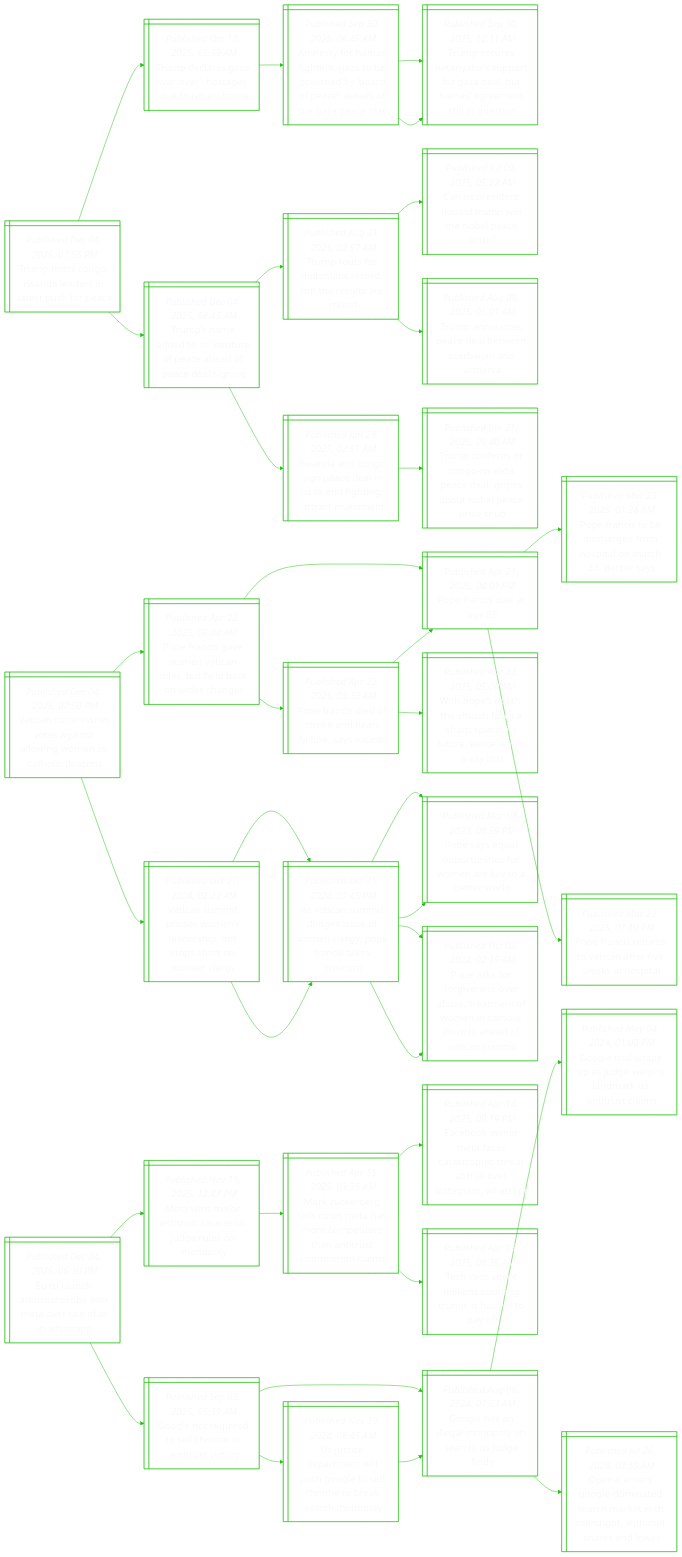
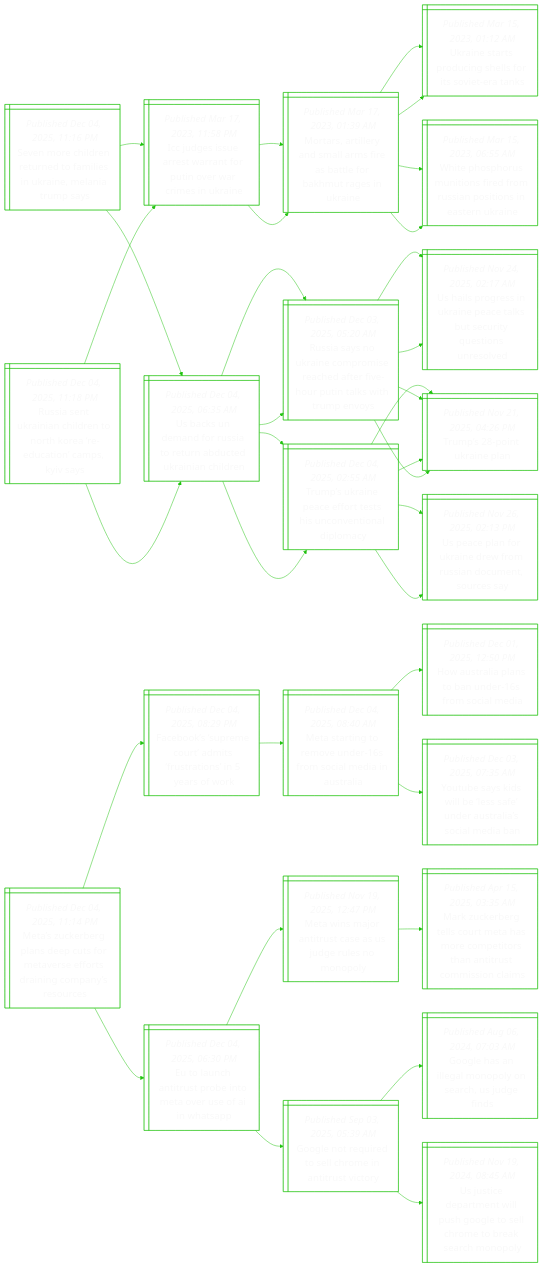
The diagram in README.md (notJmes/notJmes), drawn with Mermaid before and after one commit. The commit also changed other lines of this file, not shown here.

````diff
--- a/README.md
+++ b/README.md
@@ -16,118 +16,112 @@
 flowchart LR
 classDef txtsize font-size:20px;
 
-ThCRaeltfa@{ shape: win-pane, label: "_Published Dec 04, 2025, 07:55 PM_
-Trump hosts congo, rwanda leaders in latest push for peace" }
-Tdrzooetum@{ shape: win-pane, label: "_Published Oct 13, 2025, 05:59 AM_
-Trump declares gaza war ‘over’; hostages due to return home" }
-AtHfezerydatoGel@{ shape: win-pane, label: "_Published Sep 30, 2025, 06:45 AM_
-Amnesty for hamas fighters, gaza to be governed by ‘board of peace’: details of the gaza peace plan" }
-Tseaupoabmrnluo@{ shape: win-pane, label: "_Published Sep 30, 2025, 12:11 AM_
-Trump secures netanyahu’s support for gaza deal, but hamas’ agreement still in question" }
-Tseaupoabmrnluo@{ shape: win-pane, label: "_Published Sep 30, 2025, 12:11 AM_
-Trump secures netanyahu’s support for gaza deal, but hamas’ agreement still in question" }
-TsatnuPaocli@{ shape: win-pane, label: "_Published Dec 04, 2025, 08:45 AM_
-Trump’s name added to us institute of peace ahead of peace deal signing" }
-Tthptcurtm@{ shape: win-pane, label: "_Published Aug 21, 2025, 02:57 AM_
-Trump touts his diplomatic record, but the results are mixed" }
-CPdoTwelee@{ shape: win-pane, label: "_Published Jul 09, 2025, 05:22 AM_
-Can us president donald trump win the nobel peace prize?" }
-TaneetAaam@{ shape: win-pane, label: "_Published Aug 09, 2025, 05:01 AM_
-Trump announces peace deal between azerbaijan and armenia" }
-RaoiaaSdtttst@{ shape: win-pane, label: "_Published Jun 28, 2025, 02:51 AM_
-Rwanda and congo sign peace deal in us to end fighting, attract investment" }
-TcrCRaegstlee@{ shape: win-pane, label: "_Published Jun 21, 2025, 09:40 AM_
-Trump confirms dr congo-rwanda peace deal, gripes about nobel peace prize snub" }
+RaUnheooeacKa@{ shape: win-pane, label: "_Published Dec 04, 2025, 11:18 PM_
+Russia sent ukrainian children to north korea ‘re-education’ camps, kyiv says" }
+IdsrwnPoamUn@{ shape: win-pane, label: "_Published Mar 17, 2023, 11:58 PM_
+Icc judges issue arrest warrant for putin over war crimes in ukraine" }
+Mriymrrafkria@{ shape: win-pane, label: "_Published Mar 17, 2023, 01:39 AM_
+Mortars, artillery and small arms fire as battle for bakhmut rages in ukraine" }
+Unronlroen@{ shape: win-pane, label: "_Published Mar 15, 2023, 01:12 AM_
+Ukraine starts producing shells for its soviet-era tanks" }
+Wphmiirspiner@{ shape: win-pane, label: "_Published Mar 15, 2023, 06:55 AM_
+White phosphorus munitions fired from russian positions in eastern ukraine" }
+UkefsoruUnhe@{ shape: win-pane, label: "_Published Dec 04, 2025, 06:35 AM_
+Us backs un demand for russia to return abducted ukrainian children" }
+Ranaomedrhuaiuv@{ shape: win-pane, label: "_Published Dec 03, 2025, 05:20 AM_
+Russia says no ukraine compromise reached after five-hour putin talks with trump envoys" }
+Tstia@{ shape: win-pane, label: "_Published Nov 21, 2025, 04:26 PM_
+Trump’s 28-point ukraine plan" }
+Ulgiaeauuqinl@{ shape: win-pane, label: "_Published Nov 24, 2025, 02:17 AM_
+Us hails progress in ukraine peace talks but security questions unresolved" }
+Tsiafeiotlo@{ shape: win-pane, label: "_Published Dec 04, 2025, 02:55 AM_
+Trump’s ukraine peace effort tests his unconventional diplomacy" }
+Tstia@{ shape: win-pane, label: "_Published Nov 21, 2025, 04:26 PM_
+Trump’s 28-point ukraine plan" }
+Ucnkefunmos@{ shape: win-pane, label: "_Published Nov 26, 2025, 02:13 PM_
+Us peace plan for ukraine drew from russian document, sources say" }
 
-ThCRaeltfa:::txtsize --> Tdrzooetum:::txtsize
-Tdrzooetum:::txtsize --> AtHfezerydatoGel:::txtsize
-AtHfezerydatoGel:::txtsize --> Tseaupoabmrnluo:::txtsize
-AtHfezerydatoGel:::txtsize --> Tseaupoabmrnluo:::txtsize
-ThCRaeltfa:::txtsize --> TsatnuPaocli:::txtsize
-TsatnuPaocli:::txtsize --> Tthptcurtm:::txtsize
-Tthptcurtm:::txtsize --> CPdoTwelee:::txtsize
-Tthptcurtm:::txtsize --> TaneetAaam:::txtsize
-TsatnuPaocli:::txtsize --> RaoiaaSdtttst:::txtsize
-RaoiaaSdtttst:::txtsize --> TcrCRaegstlee:::txtsize
+RaUnheooeacKa:::txtsize --> IdsrwnPoamUn:::txtsize
+IdsrwnPoamUn:::txtsize --> Mriymrrafkria:::txtsize
+Mriymrrafkria:::txtsize --> Unronlroen:::txtsize
+Mriymrrafkria:::txtsize --> Wphmiirspiner:::txtsize
+RaUnheooeacKa:::txtsize --> UkefsoruUnhe:::txtsize
+UkefsoruUnhe:::txtsize --> Ranaomedrhuaiuv:::txtsize
+Ranaomedrhuaiuv:::txtsize --> Tstia:::txtsize
+Ranaomedrhuaiuv:::txtsize --> Ulgiaeauuqinl:::txtsize
+UkefsoruUnhe:::txtsize --> Tsiafeiotlo:::txtsize
+Tsiafeiotlo:::txtsize --> Tstia:::txtsize
+Tsiafeiotlo:::txtsize --> Ucnkefunmos:::txtsize
 
-Vamoeilneaic@{ shape: win-pane, label: "_Published Dec 04, 2025, 07:50 PM_
-Vatican commission votes against allowing women as catholic deacons" }
-PrswVaehawce@{ shape: win-pane, label: "_Published Apr 22, 2025, 06:04 AM_
-Pope francis gave women vatican roles, but held back on wider changes" }
-Prsa@{ shape: win-pane, label: "_Published Apr 21, 2025, 04:01 PM_
-Pope francis dies at age 88" }
-Prsdafoaaos@{ shape: win-pane, label: "_Published Mar 23, 2025, 01:28 AM_
-Pope francis to be discharged from hospital on march 23, doctor says" }
-PrsrVaeessl@{ shape: win-pane, label: "_Published Mar 23, 2025, 07:19 PM_
-Pope francis returns to vatican after five weeks in hospital" }
-Prsoodtuyi@{ shape: win-pane, label: "_Published Apr 22, 2025, 03:33 AM_
-Pope francis died of stroke and heart failure, says vatican" }
-Prsa@{ shape: win-pane, label: "_Published Apr 21, 2025, 04:01 PM_
-Pope francis dies at age 88" }
-WoehrchpnuVwan@{ shape: win-pane, label: "_Published Apr 22, 2025, 05:00 AM_
-With pope’s death, the church faces a sharp split in its future. vance wants a say in it" }
-Vamawsepthnng@{ shape: win-pane, label: "_Published Oct 27, 2024, 02:22 AM_
-Vatican summit praises women’s leadership, but stops short on women clergy" }
-Aiudsemeoatcc@{ shape: win-pane, label: "_Published Oct 21, 2024, 07:45 PM_
-As vatican summit dodges issue of women clergy, pope francis takes criticism" }
-Paupnsortto@{ shape: win-pane, label: "_Published Mar 08, 2023, 08:59 PM_
-Pope says equal opportunities for women are key to a better world" }
-PsrisretoeaireVam@{ shape: win-pane, label: "_Published Oct 02, 2024, 02:15 AM_
-Pope asks for forgiveness over abuse, treatment of women in catholic church, ahead of vatican summit" }
-Aiudsemeoatcc@{ shape: win-pane, label: "_Published Oct 21, 2024, 07:45 PM_
-As vatican summit dodges issue of women clergy, pope francis takes criticism" }
-Paupnsortto@{ shape: win-pane, label: "_Published Mar 08, 2023, 08:59 PM_
-Pope says equal opportunities for women are key to a better world" }
-PsrisretoeaireVam@{ shape: win-pane, label: "_Published Oct 02, 2024, 02:15 AM_
-Pope asks for forgiveness over abuse, treatment of women in catholic church, ahead of vatican summit" }
+Smheutiiaeap@{ shape: win-pane, label: "_Published Dec 04, 2025, 11:16 PM_
+Seven more children returned to families in ukraine, melania trump says" }
+UkefsoruUnhe@{ shape: win-pane, label: "_Published Dec 04, 2025, 06:35 AM_
+Us backs un demand for russia to return abducted ukrainian children" }
+Ranaomedrhuaiuv@{ shape: win-pane, label: "_Published Dec 03, 2025, 05:20 AM_
+Russia says no ukraine compromise reached after five-hour putin talks with trump envoys" }
+Tstia@{ shape: win-pane, label: "_Published Nov 21, 2025, 04:26 PM_
+Trump’s 28-point ukraine plan" }
+Ulgiaeauuqinl@{ shape: win-pane, label: "_Published Nov 24, 2025, 02:17 AM_
+Us hails progress in ukraine peace talks but security questions unresolved" }
+Tsiafeiotlo@{ shape: win-pane, label: "_Published Dec 04, 2025, 02:55 AM_
+Trump’s ukraine peace effort tests his unconventional diplomacy" }
+Tstia@{ shape: win-pane, label: "_Published Nov 21, 2025, 04:26 PM_
+Trump’s 28-point ukraine plan" }
+Ucnkefunmos@{ shape: win-pane, label: "_Published Nov 26, 2025, 02:13 PM_
+Us peace plan for ukraine drew from russian document, sources say" }
+IdsrwnPoamUn@{ shape: win-pane, label: "_Published Mar 17, 2023, 11:58 PM_
+Icc judges issue arrest warrant for putin over war crimes in ukraine" }
+Mriymrrafkria@{ shape: win-pane, label: "_Published Mar 17, 2023, 01:39 AM_
+Mortars, artillery and small arms fire as battle for bakhmut rages in ukraine" }
+Unronlroen@{ shape: win-pane, label: "_Published Mar 15, 2023, 01:12 AM_
+Ukraine starts producing shells for its soviet-era tanks" }
+Wphmiirspiner@{ shape: win-pane, label: "_Published Mar 15, 2023, 06:55 AM_
+White phosphorus munitions fired from russian positions in eastern ukraine" }
 
-Vamoeilneaic:::txtsize --> PrswVaehawce:::txtsize
-PrswVaehawce:::txtsize --> Prsa:::txtsize
-Prsa:::txtsize --> Prsdafoaaos:::txtsize
-Prsa:::txtsize --> PrsrVaeessl:::txtsize
-PrswVaehawce:::txtsize --> Prsoodtuyi:::txtsize
-Prsoodtuyi:::txtsize --> Prsa:::txtsize
-Prsoodtuyi:::txtsize --> WoehrchpnuVwan:::txtsize
-Vamoeilneaic:::txtsize --> Vamawsepthnng:::txtsize
-Vamawsepthnng:::txtsize --> Aiudsemeoatcc:::txtsize
-Aiudsemeoatcc:::txtsize --> Paupnsortto:::txtsize
-Aiudsemeoatcc:::txtsize --> PsrisretoeaireVam:::txtsize
-Vamawsepthnng:::txtsize --> Aiudsemeoatcc:::txtsize
-Aiudsemeoatcc:::txtsize --> Paupnsortto:::txtsize
-Aiudsemeoatcc:::txtsize --> PsrisretoeaireVam:::txtsize
+Smheutiiaeap:::txtsize --> UkefsoruUnhe:::txtsize
+UkefsoruUnhe:::txtsize --> Ranaomedrhuaiuv:::txtsize
+Ranaomedrhuaiuv:::txtsize --> Tstia:::txtsize
+Ranaomedrhuaiuv:::txtsize --> Ulgiaeauuqinl:::txtsize
+UkefsoruUnhe:::txtsize --> Tsiafeiotlo:::txtsize
+Tsiafeiotlo:::txtsize --> Tstia:::txtsize
+Tsiafeiotlo:::txtsize --> Ucnkefunmos:::txtsize
+Smheutiiaeap:::txtsize --> IdsrwnPoamUn:::txtsize
+IdsrwnPoamUn:::txtsize --> Mriymrrafkria:::txtsize
+Mriymrrafkria:::txtsize --> Unronlroen:::txtsize
+Mriymrrafkria:::txtsize --> Wphmiirspiner:::txtsize
 
+MZrpdurveticnse@{ shape: win-pane, label: "_Published Dec 04, 2025, 11:14 PM_
+Meta’s zuckerberg plans deep cuts for metaverse efforts draining company’s resources" }
+Fouettsinsr@{ shape: win-pane, label: "_Published Dec 04, 2025, 08:29 PM_
+Facebook’s ‘supreme court’ admits ‘frustrations’ in 5 years of work" }
+Mtneusslasi@{ shape: win-pane, label: "_Published Dec 04, 2025, 08:40 AM_
+Meta starting to remove under-16s from social media in australia" }
+Hsinaeoid@{ shape: win-pane, label: "_Published Dec 01, 2025, 12:50 PM_
+How australia plans to ban under-16s from social media" }
+Ybswesnulomb@{ shape: win-pane, label: "_Published Dec 03, 2025, 07:35 AM_
+Youtube says kids will be ‘less safe’ under australia’s social media ban" }
 EaarrntrfWA@{ shape: win-pane, label: "_Published Dec 04, 2025, 06:30 PM_
 Eu to launch antitrust probe into meta over use of ai in whatsapp" }
 Mijtsejrno@{ shape: win-pane, label: "_Published Nov 19, 2025, 12:47 PM_
 Meta wins major antitrust case as us judge rules no monopoly" }
 Mubeoesctsarosl@{ shape: win-pane, label: "_Published Apr 15, 2025, 03:35 AM_
 Mark zuckerberg tells court meta has more competitors than antitrust commission claims" }
-FonteaphaaraWA@{ shape: win-pane, label: "_Published Apr 14, 2025, 09:19 PM_
-Facebook owner meta faces catastrophic threat at trial over instagram, whatsapp" }
-TEelstrtea@{ shape: win-pane, label: "_Published Apr 13, 2025, 08:35 AM_
-Tech ceos spent millions courting trump. it has yet to pay off" }
 Geeeerntvr@{ shape: win-pane, label: "_Published Sep 03, 2025, 05:39 AM_
 Google not required to sell chrome in antitrust victory" }
 GengnyaSes@{ shape: win-pane, label: "_Published Aug 06, 2024, 07:03 AM_
 Google has an illegal monopoly on search, us judge finds" }
-GelsjwsmStcs@{ shape: win-pane, label: "_Published May 04, 2024, 01:00 PM_
-Google trial wraps up as judge weighs landmark us antitrust claims" }
-OIrgmerriaPhsso@{ shape: win-pane, label: "_Published Jul 26, 2024, 03:55 AM_
-Openai enters google-dominated search market with searchgpt, alphabet shares end lower" }
 Utemisgshtarny@{ shape: win-pane, label: "_Published Nov 19, 2024, 08:45 AM_
 Us justice department will push google to sell chrome to break search monopoly" }
-GengnyaSes@{ shape: win-pane, label: "_Published Aug 06, 2024, 07:03 AM_
-Google has an illegal monopoly on search, us judge finds" }
 
+MZrpdurveticnse:::txtsize --> Fouettsinsr:::txtsize
+Fouettsinsr:::txtsize --> Mtneusslasi:::txtsize
+Mtneusslasi:::txtsize --> Hsinaeoid:::txtsize
+Mtneusslasi:::txtsize --> Ybswesnulomb:::txtsize
+MZrpdurveticnse:::txtsize --> EaarrntrfWA:::txtsize
 EaarrntrfWA:::txtsize --> Mijtsejrno:::txtsize
 Mijtsejrno:::txtsize --> Mubeoesctsarosl:::txtsize
-Mubeoesctsarosl:::txtsize --> FonteaphaaraWA:::txtsize
-Mubeoesctsarosl:::txtsize --> TEelstrtea:::txtsize
 EaarrntrfWA:::txtsize --> Geeeerntvr:::txtsize
 Geeeerntvr:::txtsize --> GengnyaSes:::txtsize
-GengnyaSes:::txtsize --> GelsjwsmStcs:::txtsize
-GengnyaSes:::txtsize --> OIrgmerriaPhsso:::txtsize
 Geeeerntvr:::txtsize --> Utemisgshtarny:::txtsize
-Utemisgshtarny:::txtsize --> GengnyaSes:::txtsize
 
 ```
````
